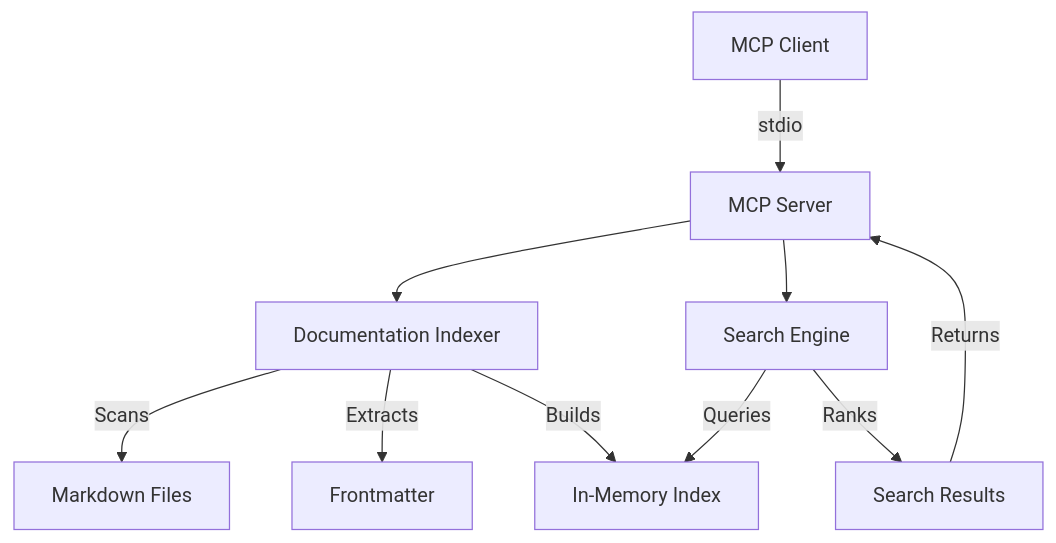
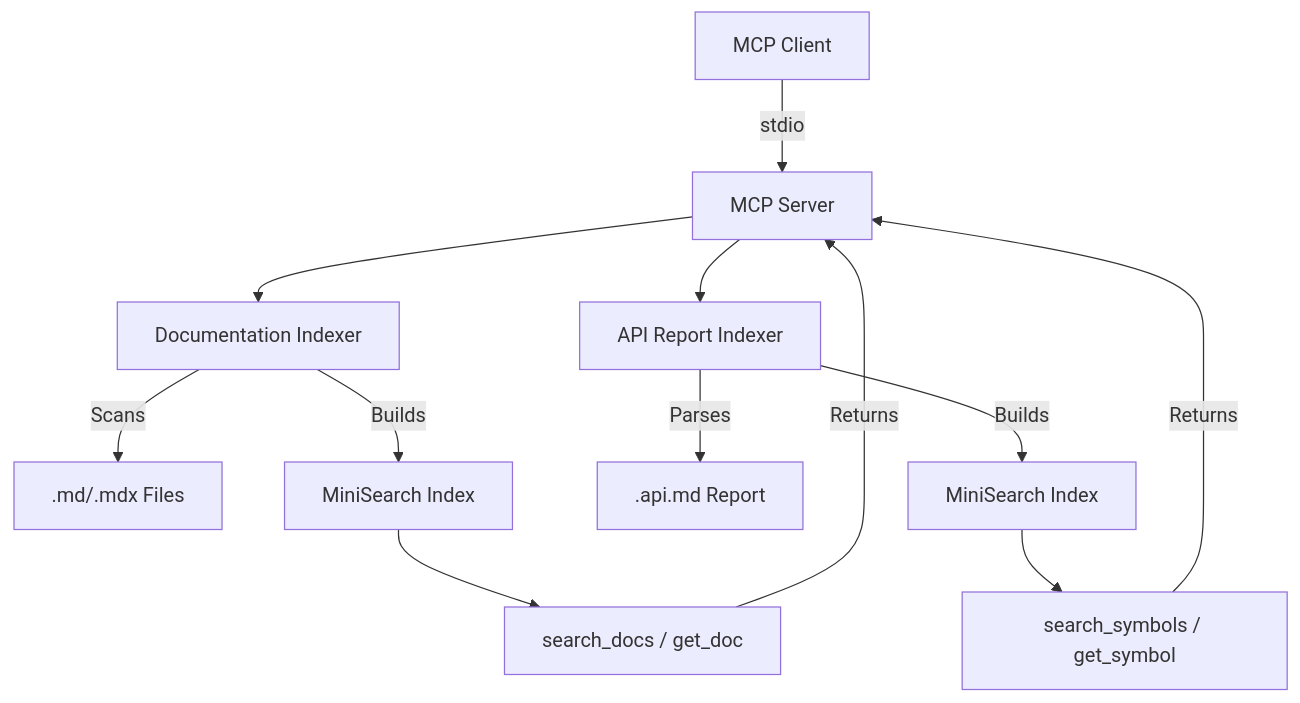
The second of 2 diagrams in tools/mcp-server/README.md (synergycodes/ng-diagram), drawn with Mermaid before and after one commit. The commit also changed other lines of this file and 1 other file, not shown here.

````diff
--- a/tools/mcp-server/README.md
+++ b/tools/mcp-server/README.md
@@ -301,12 +221,14 @@
 ```mermaid
 graph TD
     A[MCP Client] -->|stdio| B[MCP Server]
     B --> C[Documentation Indexer]
-    B --> D[Search Engine]
-    C -->|Scans| E[Markdown Files]
-    C -->|Extracts| F[Frontmatter]
-    C -->|Builds| G[In-Memory Index]
-    D -->|Queries| G
-    D -->|Ranks| H[Search Results]
-    H -->|Returns| B
+    B --> D[API Report Indexer]
+    C -->|Scans| E[.md/.mdx Files]
+    C -->|Builds| F[MiniSearch Index]
+    D -->|Parses| G[.api.md Report]
+    D -->|Builds| H[MiniSearch Index]
+    F --> I[search_docs / get_doc]
+    H --> J[search_symbols / get_symbol]
+    I -->|Returns| B
+    J -->|Returns| B
 ```
````
